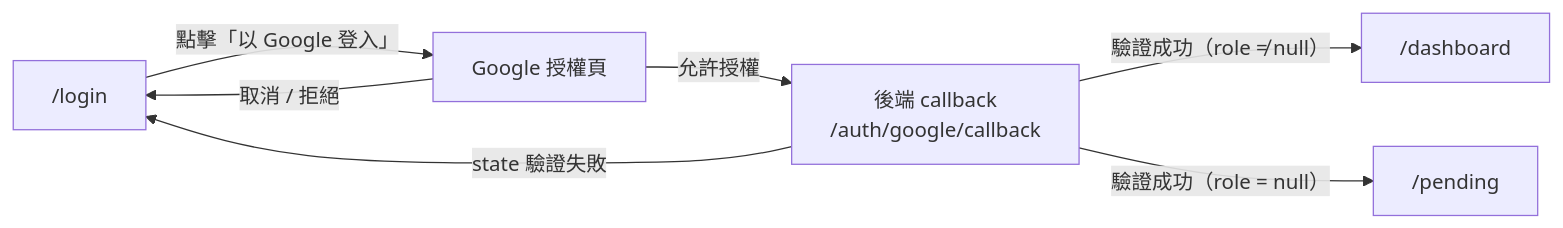
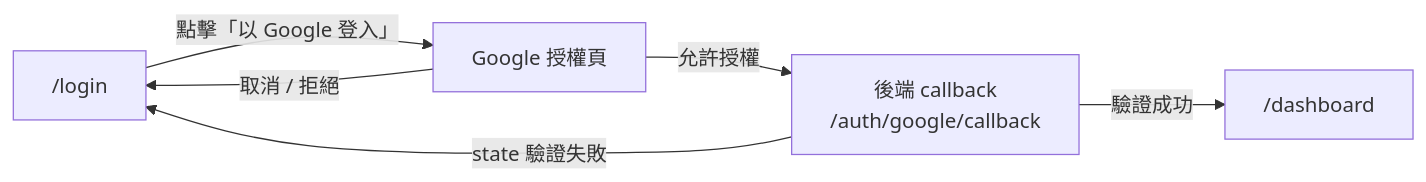
One commit to singyichen/label-suite changed the second of 2 diagrams in specs/account/002-login-google-sso/spec.md. Above: the diagram before and after it, drawn with Mermaid. The commit also changed other lines of this file and 11 other files, not shown here.

First line of the commit message:
refactor: remove pending state — all registered users get user role immediately

````diff
--- a/specs/account/002-login-google-sso/spec.md
+++ b/specs/account/002-login-google-sso/spec.md
@@ -131,15 +123,13 @@
 ```mermaid
 flowchart LR
     login["/login"]
     google["Google 授權頁"]
     callback["後端 callback\n/auth/google/callback"]
     dashboard["/dashboard"]
-    pending["/pending"]
 
     login    -->|"點擊「以 Google 登入」"| google
     google   -->|"允許授權"| callback
     google   -->|"取消 / 拒絕"| login
-    callback -->|"驗證成功（role ≠ null）"| dashboard
-    callback -->|"驗證成功（role = null）"| pending
+    callback -->|"驗證成功"| dashboard
     callback -->|"state 驗證失敗"| login
 ```
````
